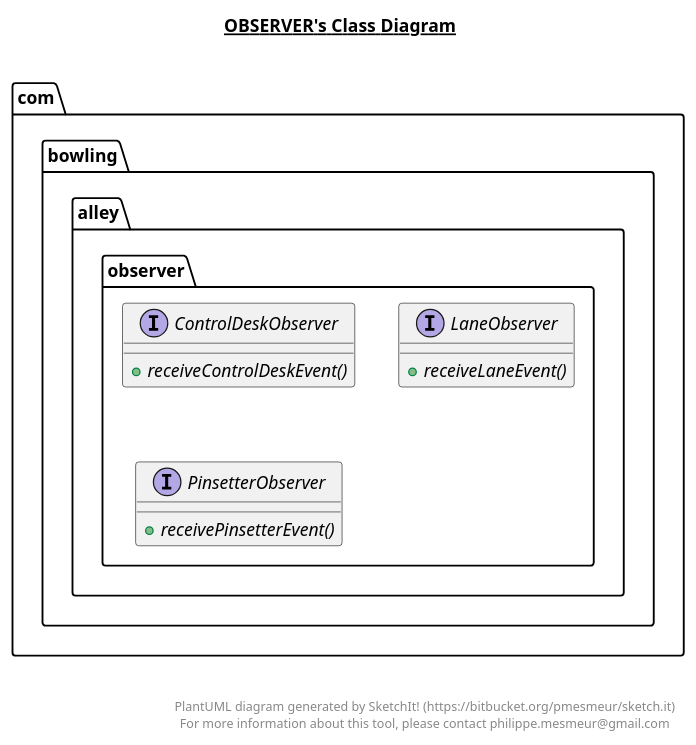
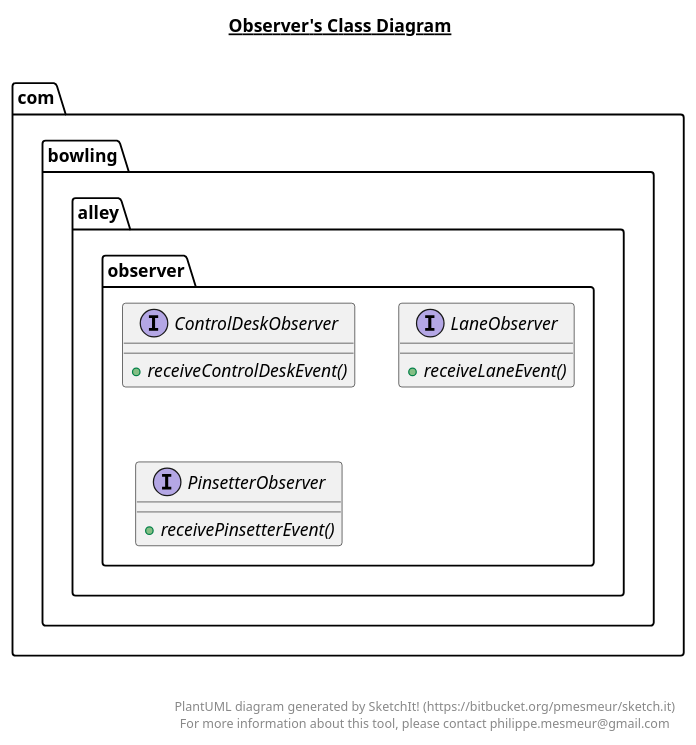
The diagram in src/com/bowling/alley/observer/observer.plantuml (akshayphate/bowlingalley), drawn with PlantUML before and after one commit. The commit also changed 11 other files, not shown here.

```diff
--- a/src/com/bowling/alley/observer/observer.plantuml
+++ b/src/com/bowling/alley/observer/observer.plantuml
@@ -1,41 +1,41 @@
 @startuml
 
-title __OBSERVER's Class Diagram__\n
+title __Observer's Class Diagram__\n
 
   namespace com.bowling.alley {
     namespace observer {
       interface com.bowling.alley.observer.ControlDeskObserver {
           {abstract} + receiveControlDeskEvent()
       }
     }
   }
   
 
   namespace com.bowling.alley {
     namespace observer {
       interface com.bowling.alley.observer.LaneObserver {
           {abstract} + receiveLaneEvent()
       }
     }
   }
   
 
   namespace com.bowling.alley {
     namespace observer {
       interface com.bowling.alley.observer.PinsetterObserver {
           {abstract} + receivePinsetterEvent()
       }
     }
   }
   
 
 
 
 right footer
 
 
 PlantUML diagram generated by SketchIt! (https://bitbucket.org/pmesmeur/sketch.it)
 For more information about this tool, please contact philippe.mesmeur@gmail.com
 endfooter
 
 @enduml
```
